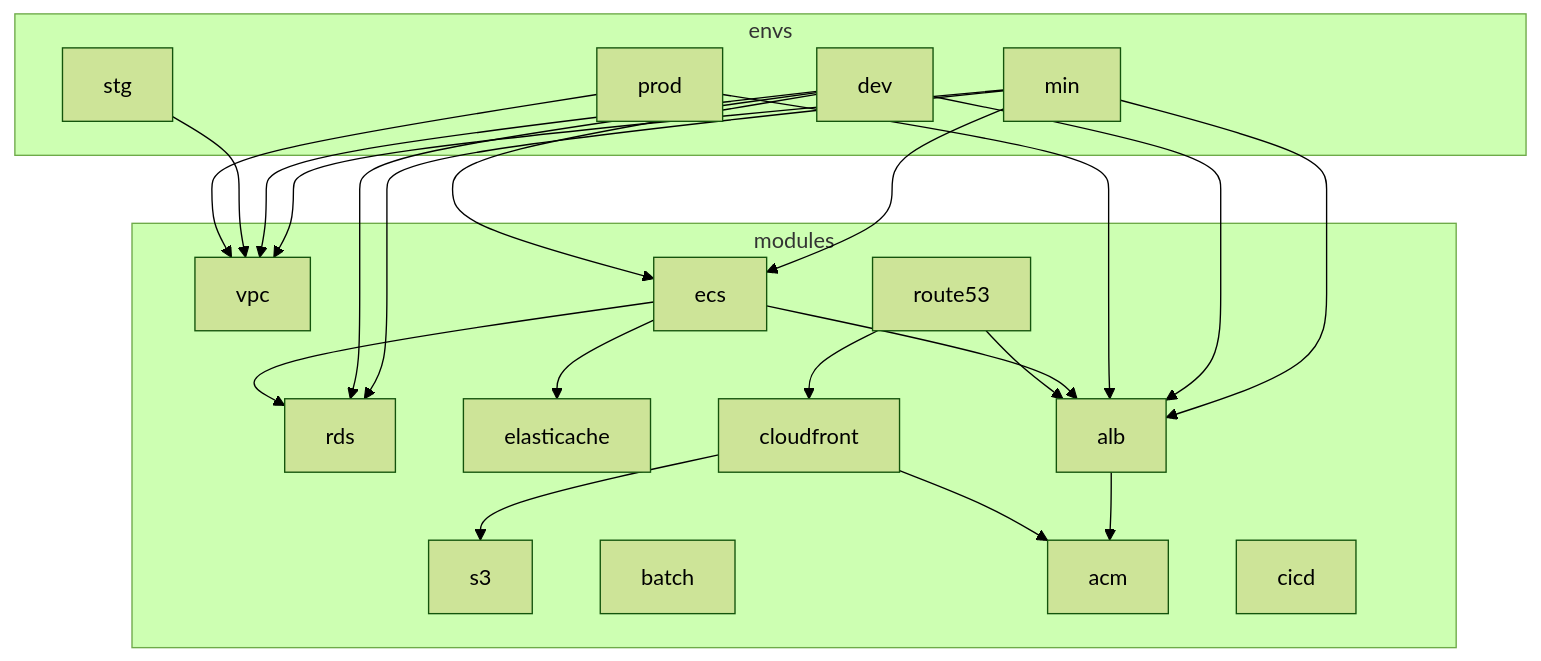
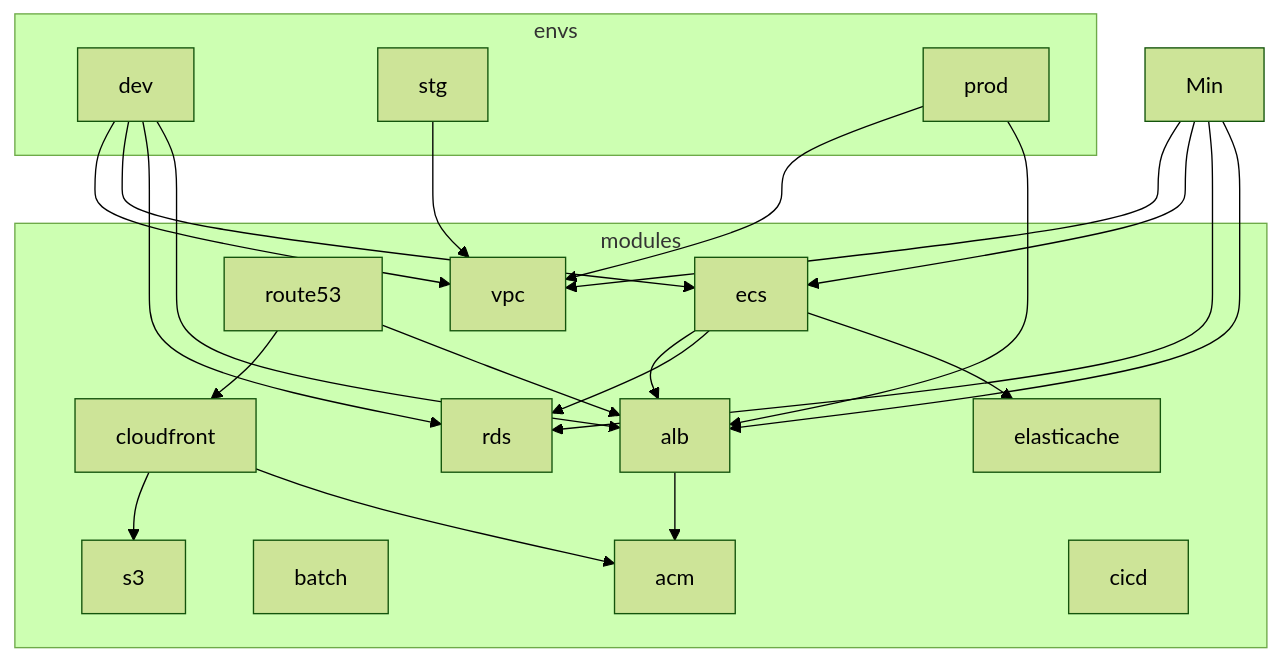
The third of 3 diagrams in initialPlan.md (skwonandy/hbp-cc-infra-skwonandy), drawn with Mermaid (forest theme) before and after one commit. The commit also changed other lines of this file and 17 other files, not shown here.

````diff
--- a/initialPlan.md
+++ b/initialPlan.md
@@ -248,43 +248,43 @@
 ```mermaid
 flowchart TB
   subgraph envs [envs]
-    Min[min]
+    Dev[dev]
     Dev[dev]
     Stg[stg]
     Prod[prod]
   end
 
   subgraph modules [modules]
     VPC[vpc]
     ECS[ecs]
     RDS[rds]
     EL[elasticache]
     S3[s3]
     ALB[alb]
     CF[cloudfront]
     Batch[batch]
     Route53[route53]
     ACM[acm]
     CICD[cicd]
   end
 
   Min --> VPC
   Min --> ECS
   Min --> RDS
   Min --> ALB
   Dev --> VPC
   Dev --> ECS
   Dev --> RDS
   Dev --> ALB
   Stg --> VPC
   Prod --> VPC
   Prod --> ALB
   ECS --> ALB
   ECS --> RDS
   ECS --> EL
   ALB --> ACM
   CF --> S3
   CF --> ACM
   Route53 --> CF
   Route53 --> ALB
 ```
````
